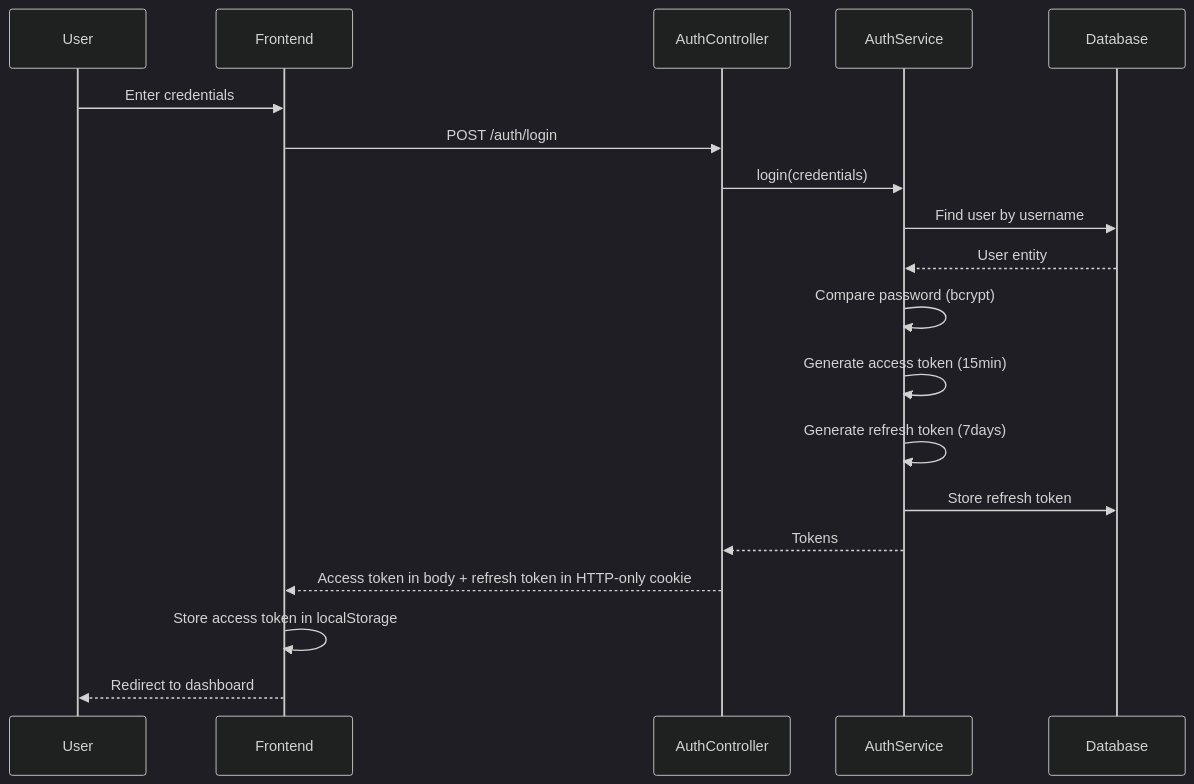
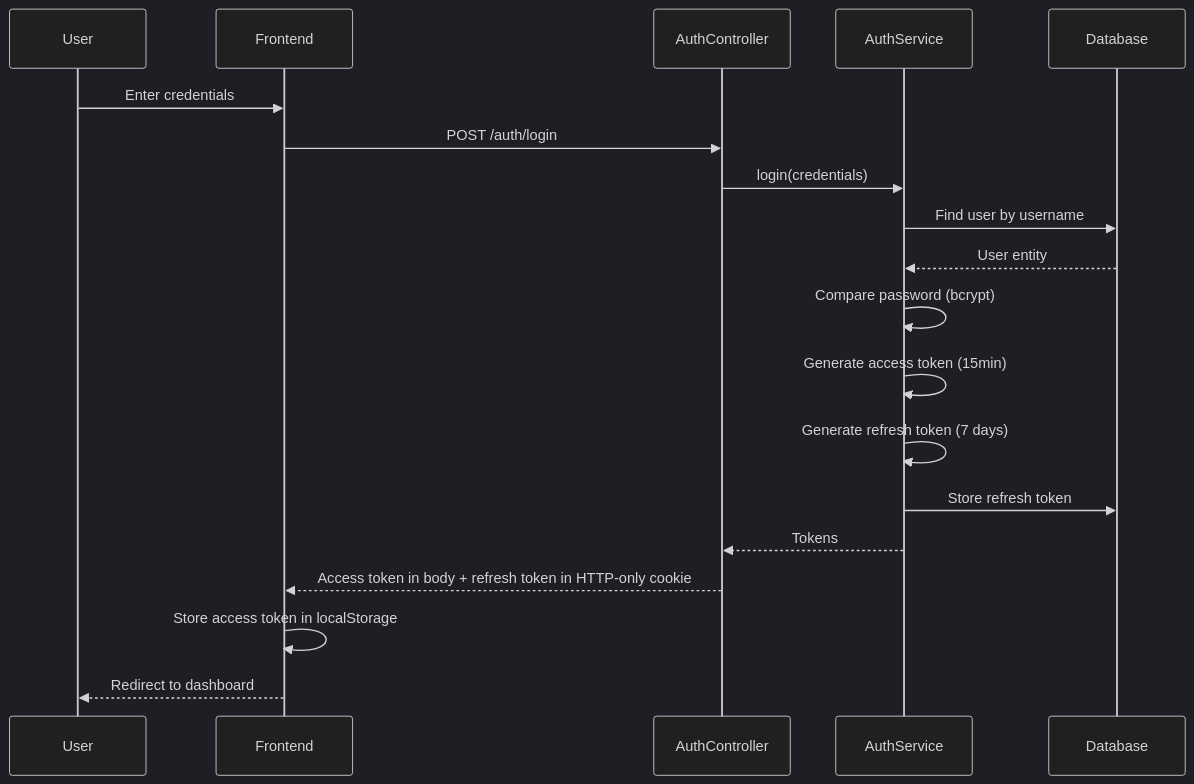
The fourth of 4 diagrams in docs/PROJECT_DOCUMENTATION.md (TeamCrazyPerformance/TCP_Website_2025), drawn with Mermaid (dark theme) before and after one commit. The commit also changed other lines of this file and 5 other files, not shown here.

````diff
--- a/docs/PROJECT_DOCUMENTATION.md
+++ b/docs/PROJECT_DOCUMENTATION.md
@@ -844,22 +844,22 @@
 ```mermaid
 sequenceDiagram
     participant User
     participant Frontend
     participant AuthController
     participant AuthService
     participant Database
 
     User->>Frontend: Enter credentials
     Frontend->>AuthController: POST /auth/login
     AuthController->>AuthService: login(credentials)
     AuthService->>Database: Find user by username
     Database-->>AuthService: User entity
     AuthService->>AuthService: Compare password (bcrypt)
     AuthService->>AuthService: Generate access token (15min)
-    AuthService->>AuthService: Generate refresh token (7days)
+    AuthService->>AuthService: Generate refresh token (7 days)
     AuthService->>Database: Store refresh token
     AuthService-->>AuthController: Tokens
     AuthController-->>Frontend: Access token in body + refresh token in HTTP-only cookie
     Frontend->>Frontend: Store access token in localStorage
     Frontend-->>User: Redirect to dashboard
 ```
````
